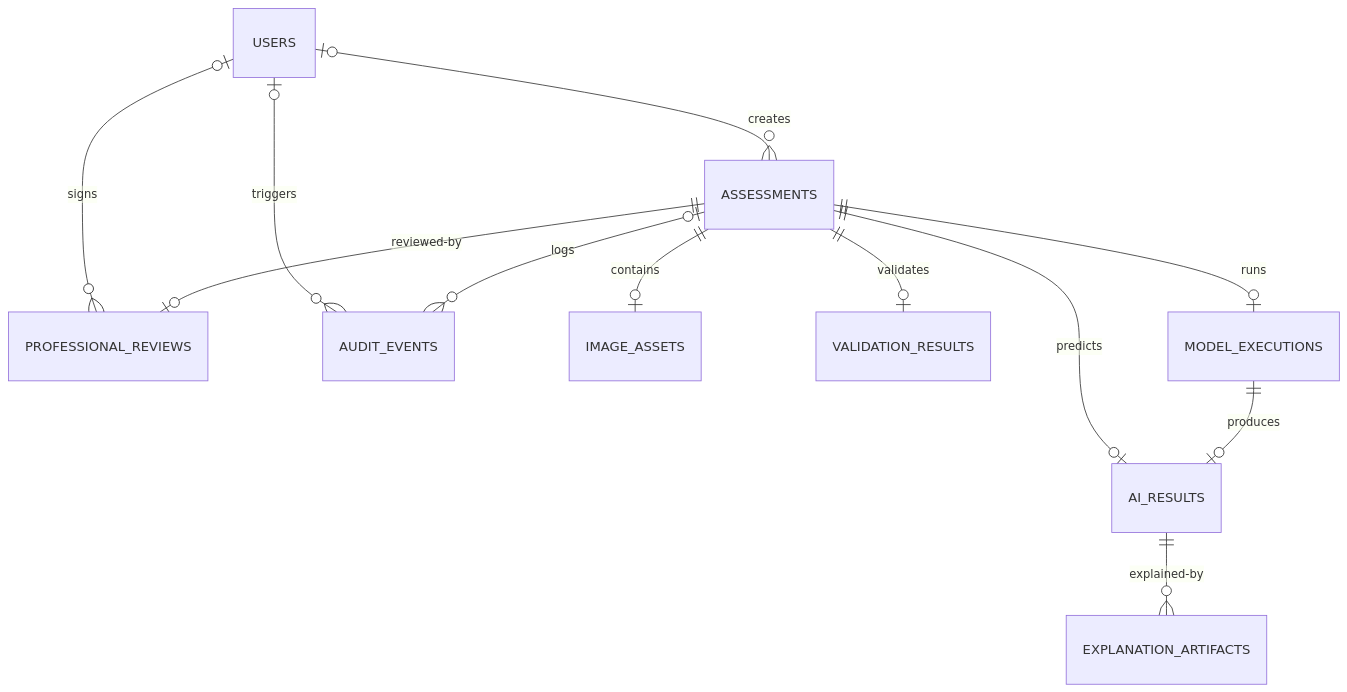
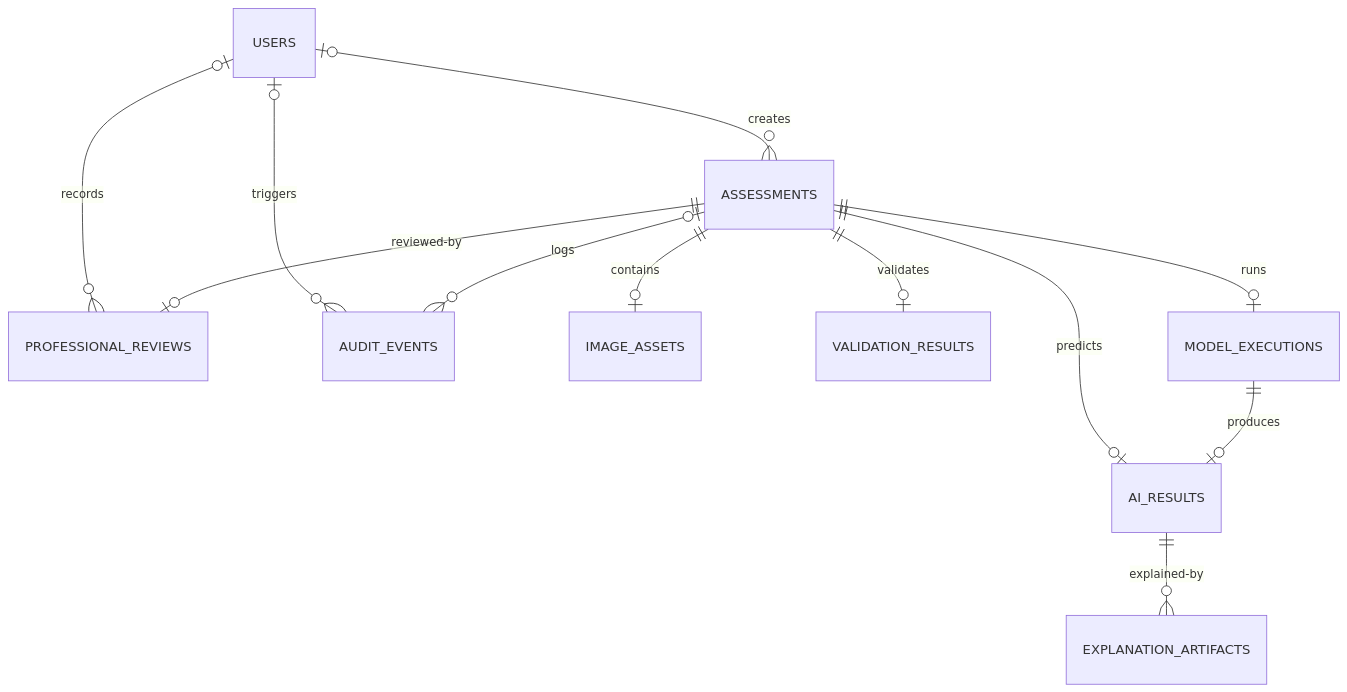
The diagram in docs/chapter4/database_schema.md (CloudTechy/diabetic-retinopathy-cdss), drawn with Mermaid before and after one commit. The commit also changed other lines of this file and 25 other files, not shown here.

First line of the commit message:
fix(evidence): benchmark summaries match section 1b; result example is the schema; capture script verifies what it photographs [THESIS-QA-71]

````diff
--- a/docs/chapter4/database_schema.md
+++ b/docs/chapter4/database_schema.md
@@ -17,16 +17,16 @@
 ```mermaid
 erDiagram
     USERS |o--o{ ASSESSMENTS : creates
-    USERS |o--o{ PROFESSIONAL_REVIEWS : signs
+    USERS |o--o{ PROFESSIONAL_REVIEWS : records
     USERS |o--o{ AUDIT_EVENTS : triggers
 
     ASSESSMENTS ||--o| IMAGE_ASSETS : contains
     ASSESSMENTS ||--o| VALIDATION_RESULTS : validates
     ASSESSMENTS ||--o| MODEL_EXECUTIONS : runs
     ASSESSMENTS ||--o| AI_RESULTS : predicts
     ASSESSMENTS ||--o| PROFESSIONAL_REVIEWS : reviewed-by
     ASSESSMENTS |o--o{ AUDIT_EVENTS : logs
 
     MODEL_EXECUTIONS ||--o| AI_RESULTS : produces
     AI_RESULTS ||--o{ EXPLANATION_ARTIFACTS : explained-by
 ```
````
